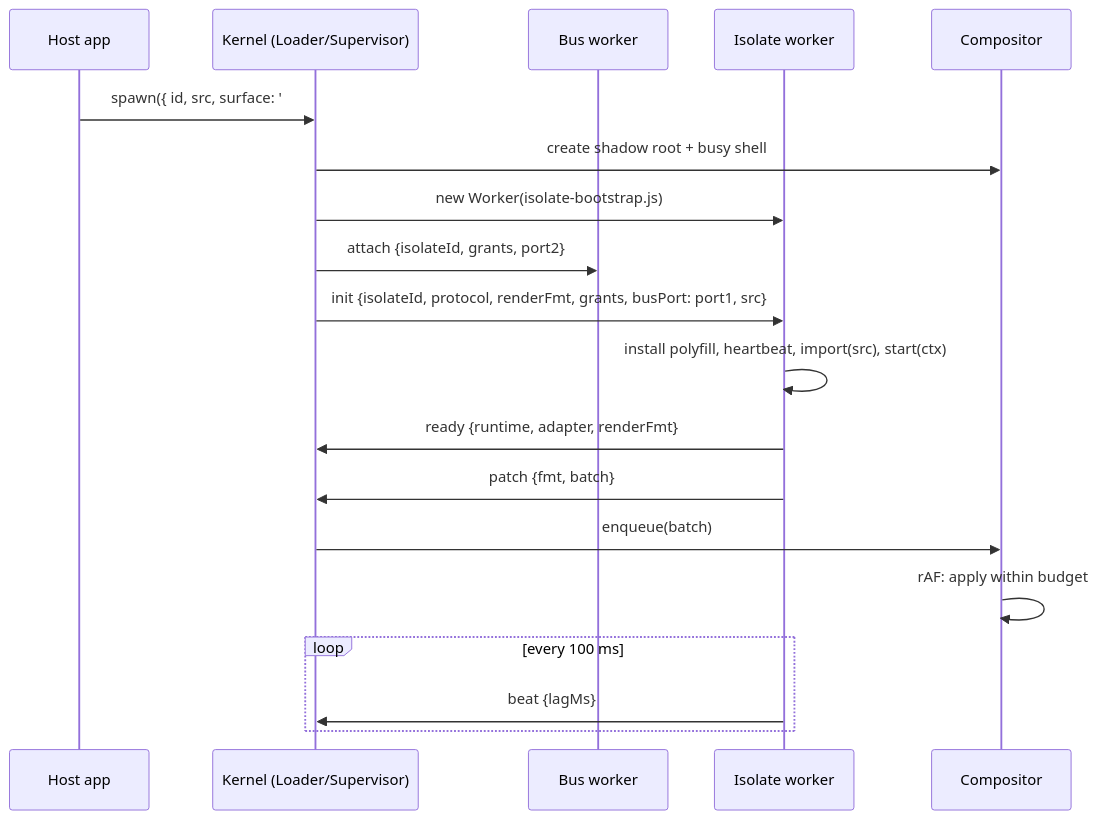
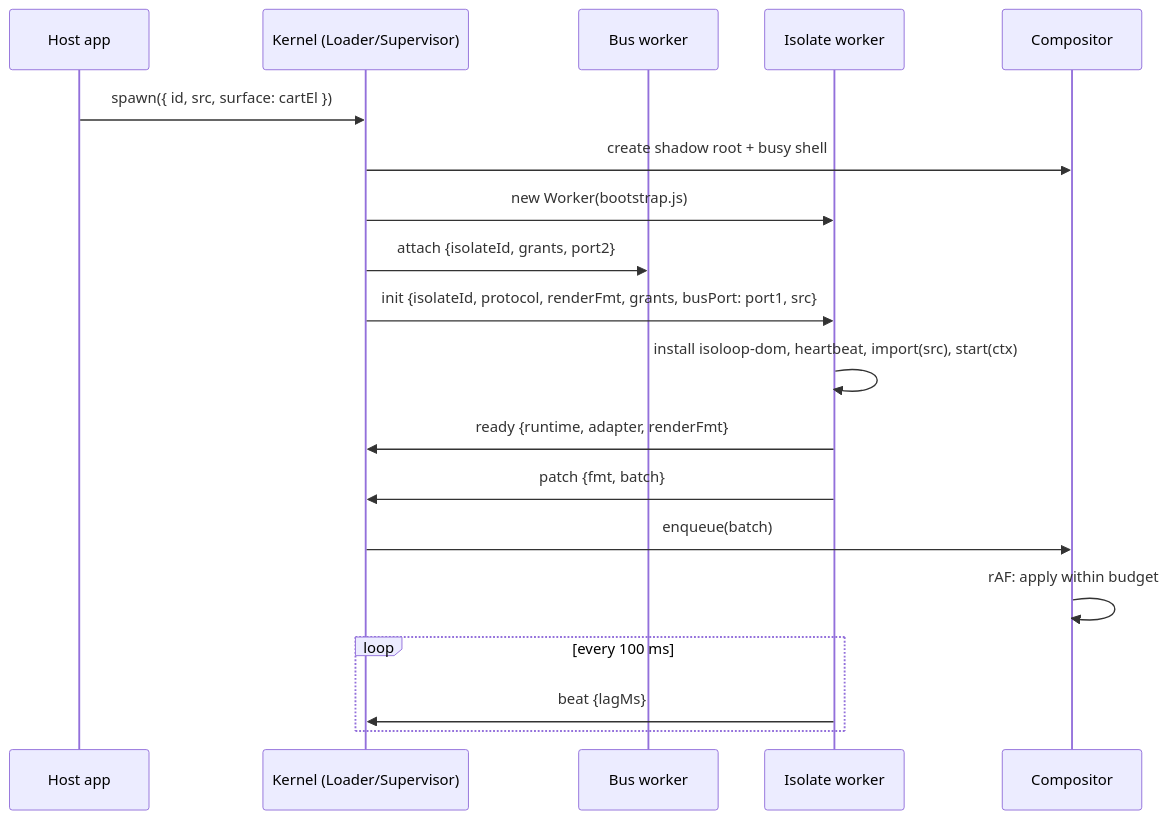
The third of 8 diagrams in docs/design/system-design.md (isoloop/isoloop), drawn with Mermaid before and after one commit. The commit also changed other lines of this file and 2 other files, not shown here.

````diff
--- a/docs/design/system-design.md
+++ b/docs/design/system-design.md
@@ -443,21 +470,21 @@
 ```mermaid
 sequenceDiagram
   participant H as Host app
   participant K as Kernel (Loader/Supervisor)
   participant B as Bus worker
   participant P as Isolate worker
   participant C as Compositor
-  H->>K: spawn({ id, src, surface: '#cart' })
+  H->>K: spawn({ id, src, surface: cartEl })
   K->>C: create shadow root + busy shell
-  K->>P: new Worker(isolate-bootstrap.js)
+  K->>P: new Worker(bootstrap.js)
   K->>B: attach {isolateId, grants, port2}
   K->>P: init {isolateId, protocol, renderFmt, grants, busPort: port1, src}
-  P->>P: install polyfill, heartbeat, import(src), start(ctx)
+  P->>P: install isoloop-dom, heartbeat, import(src), start(ctx)
   P->>K: ready {runtime, adapter, renderFmt}
   P->>K: patch {fmt, batch}
   K->>C: enqueue(batch)
   C->>C: rAF: apply within budget
   loop every 100 ms
     P->>K: beat {lagMs}
   end
 ```
````
